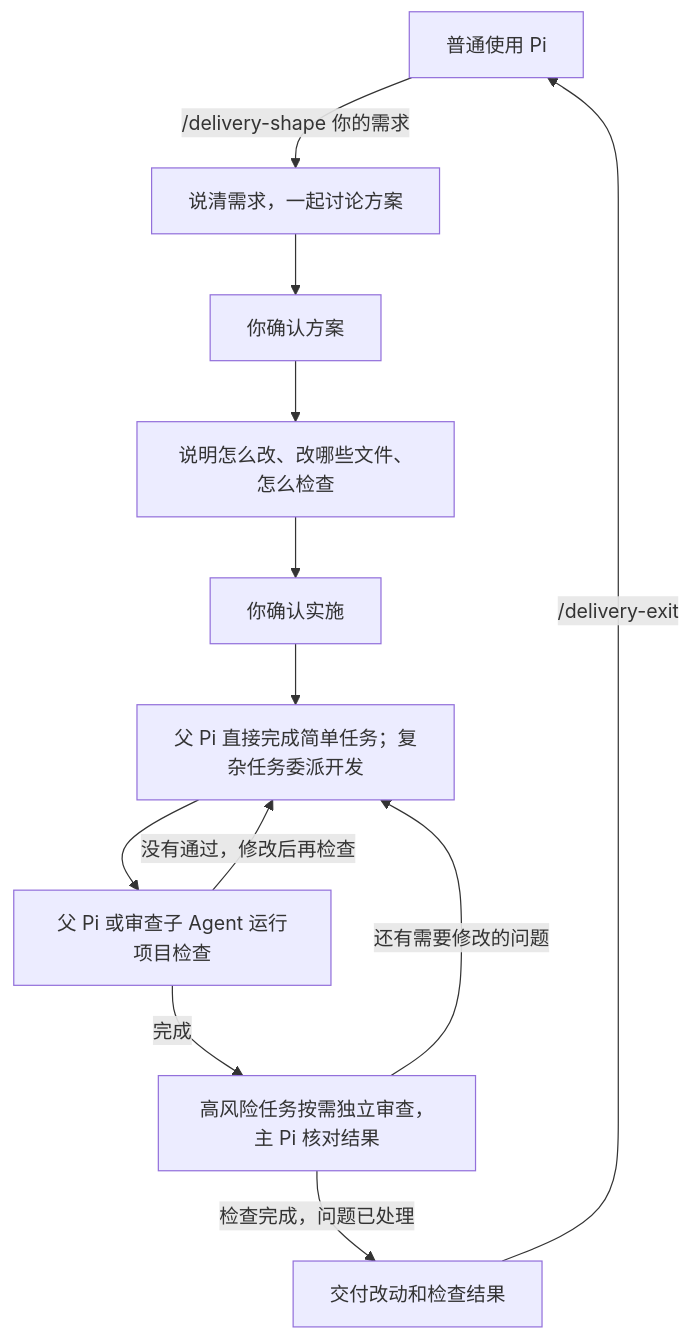
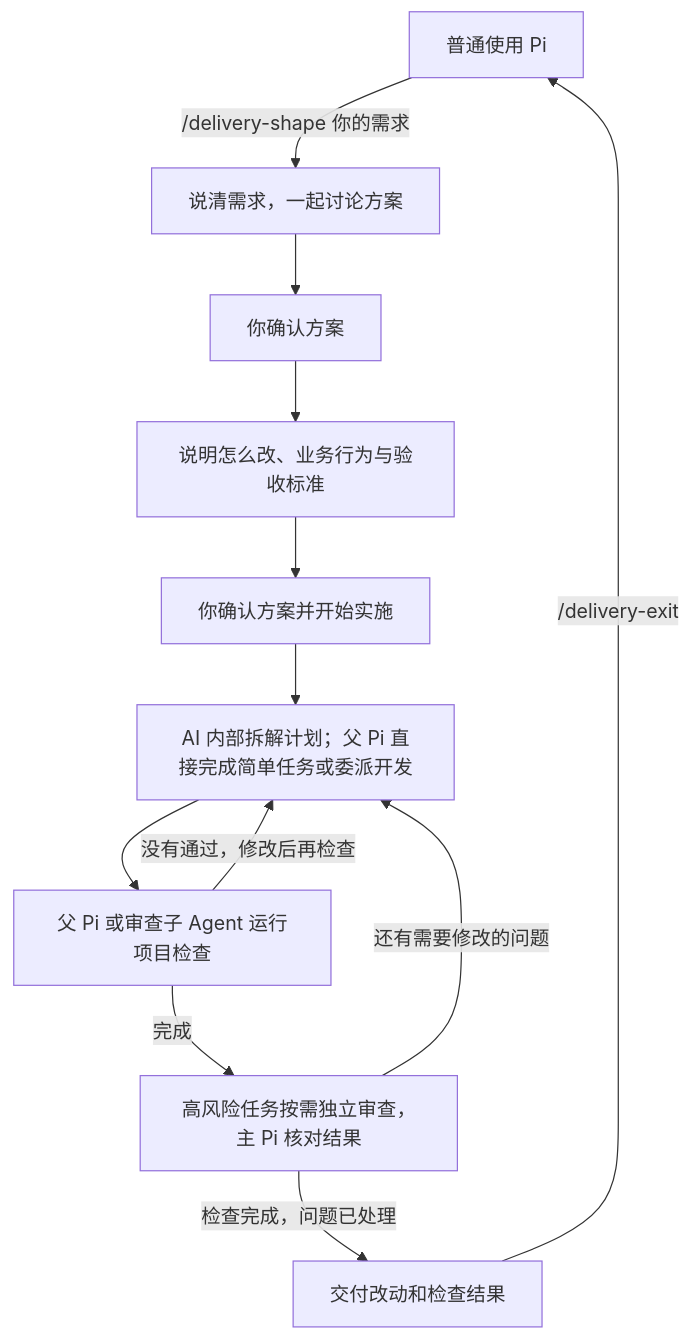
The first of 2 diagrams in README.md (small-xiexu/pi-adaptive-delivery), drawn with Mermaid before and after one commit. The commit also changed other lines of this file and 22 other files, not shown here.

````diff
--- a/README.md
+++ b/README.md
@@ -21,14 +21,14 @@
 ```mermaid
 flowchart TD
     A[普通使用 Pi] -->|/delivery-shape 你的需求| B[说清需求，一起讨论方案]
     B --> C[你确认方案]
-    C --> D[说明怎么改、改哪些文件、怎么检查]
-    D --> E[你确认实施]
-    E --> F[父 Pi 直接完成简单任务；复杂任务委派开发]
+    C --> D[说明怎么改、业务行为与验收标准]
+    D --> E[你确认方案并开始实施]
+    E --> F[AI 内部拆解计划；父 Pi 直接完成简单任务或委派开发]
     F --> V[父 Pi 或审查子 Agent 运行项目检查]
     V -->|完成| G[高风险任务按需独立审查，主 Pi 核对结果]
     V -->|没有通过，修改后再检查| F
     G -->|还有需要修改的问题| F
     G -->|检查完成，问题已处理| H[交付改动和检查结果]
     H -->|/delivery-exit| A
 ```
````
